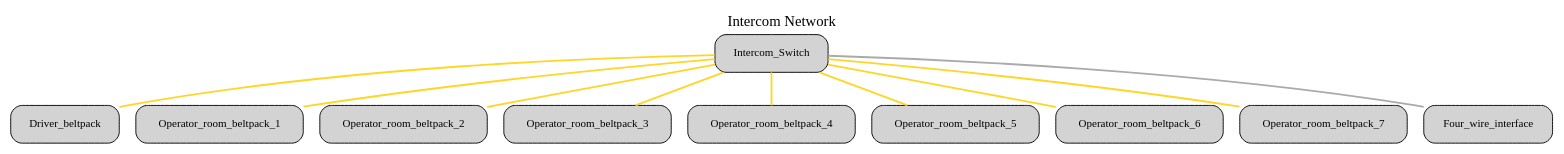
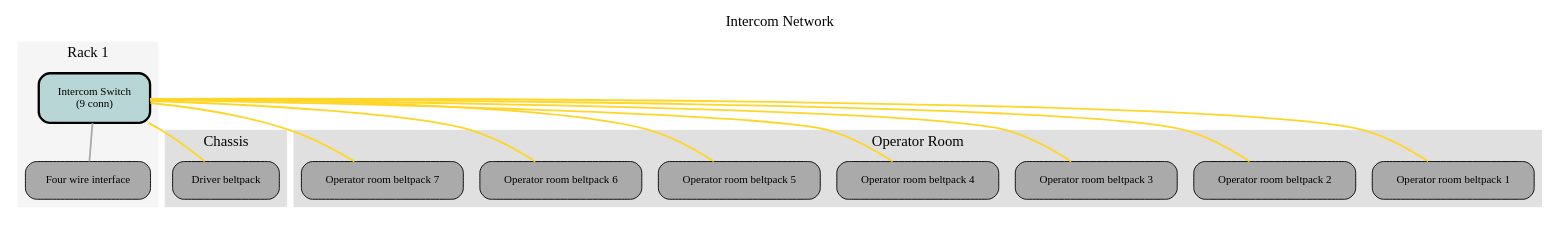
One commit to BenjiPestell/rack-diagram-demo changed the diagram in output/intercom_network.dot. Above: the diagram before and after it, drawn with Graphviz. The commit also changed 3 other files, not shown here.

Commit message:
Add support for external (non-rack) device positioning & grouping

```diff
--- a/output/intercom_network.dot
+++ b/output/intercom_network.dot
@@ -1,58 +1,123 @@
 graph "Intercom Network" {
 
   graph [
     bgcolor="white",
     label="Intercom Network",
     labelloc=t,
     fontsize=16,
     fontname="Sinkin Sans 400 Regular",
     overlap=false,
     sep=0.5
   ];
 
   node [
     shape=box,
     style="rounded,filled",
     fontsize=12,
     fontname="Sinkin Sans 400 Regular",
     margin=0.2
   ];
 
   edge [
     color="#FFD526",
     style=solid,
     penwidth=2.0
   ];
 
-  // Devices grouped by rack
+  // Devices grouped by rack and external groups
+
+  subgraph cluster_rack1 {
+    label="Rack 1";
+    style=filled;
+    color="#F5F5F5";
+    fontname="Sinkin Sans 400 Regular";
+
+    "Intercom_Switch" [
+      label="Intercom Switch\n(9 conn)",
+      fillcolor="#B8D6D6",
+      penwidth=2.5
+    ];
+    "Four_wire_interface" [
+      label="Four wire interface",
+      fillcolor="#AAAAAA"
+    ];
+  }
+
+  subgraph cluster_external_Chassis {
+    label="Chassis";
+    style=filled;
+    color="#E0E0E0";
+    fontname="Sinkin Sans 400 Regular";
+
+    "Driver_beltpack" [
+      label="Driver beltpack",
+      fillcolor="#AAAAAA"
+    ];
+  }
+
+  subgraph cluster_external_Operator_Room {
+    label="Operator Room";
+    style=filled;
+    color="#E0E0E0";
+    fontname="Sinkin Sans 400 Regular";
+
+    "Operator_room_beltpack_1" [
+      label="Operator room beltpack 1",
+      fillcolor="#AAAAAA"
+    ];
+    "Operator_room_beltpack_2" [
+      label="Operator room beltpack 2",
+      fillcolor="#AAAAAA"
+    ];
+    "Operator_room_beltpack_3" [
+      label="Operator room beltpack 3",
+      fillcolor="#AAAAAA"
+    ];
+    "Operator_room_beltpack_4" [
+      label="Operator room beltpack 4",
+      fillcolor="#AAAAAA"
+    ];
+    "Operator_room_beltpack_5" [
+      label="Operator room beltpack 5",
+      fillcolor="#AAAAAA"
+    ];
+    "Operator_room_beltpack_6" [
+      label="Operator room beltpack 6",
+      fillcolor="#AAAAAA"
+    ];
+    "Operator_room_beltpack_7" [
+      label="Operator room beltpack 7",
+      fillcolor="#AAAAAA"
+    ];
+  }
 
   // Connections
   Intercom_Switch -- Driver_beltpack [
     color="#FFD526", style=solid, penwidth=2.0
   ];
   Intercom_Switch -- Operator_room_beltpack_1 [
     color="#FFD526", style=solid, penwidth=2.0
   ];
   Intercom_Switch -- Operator_room_beltpack_2 [
     color="#FFD526", style=solid, penwidth=2.0
   ];
   Intercom_Switch -- Operator_room_beltpack_3 [
     color="#FFD526", style=solid, penwidth=2.0
   ];
   Intercom_Switch -- Operator_room_beltpack_4 [
     color="#FFD526", style=solid, penwidth=2.0
   ];
   Intercom_Switch -- Operator_room_beltpack_5 [
     color="#FFD526", style=solid, penwidth=2.0
   ];
   Intercom_Switch -- Operator_room_beltpack_6 [
     color="#FFD526", style=solid, penwidth=2.0
   ];
   Intercom_Switch -- Operator_room_beltpack_7 [
     color="#FFD526", style=solid, penwidth=2.0
   ];
   Intercom_Switch -- Four_wire_interface [
     color="#AAAAAA", style=solid, penwidth=2.0
   ];
 
 }
```
